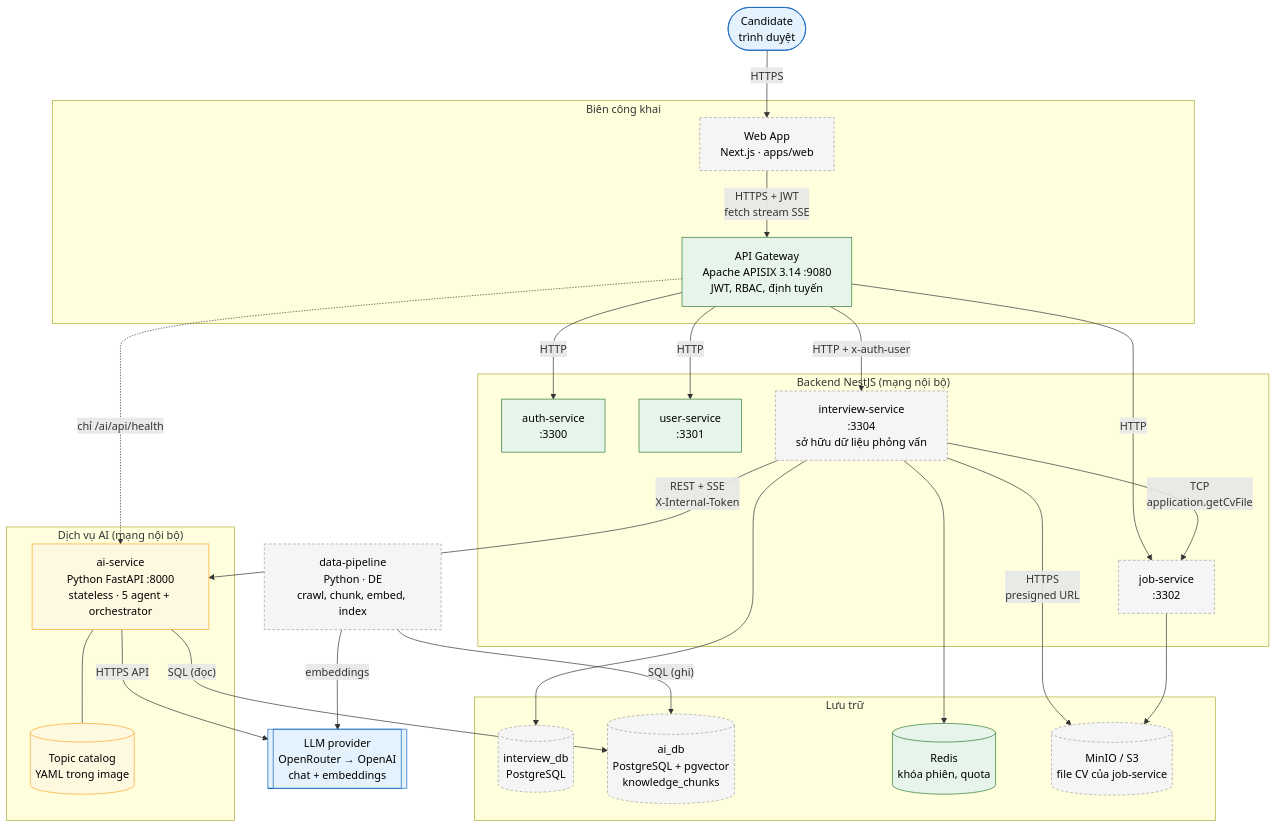
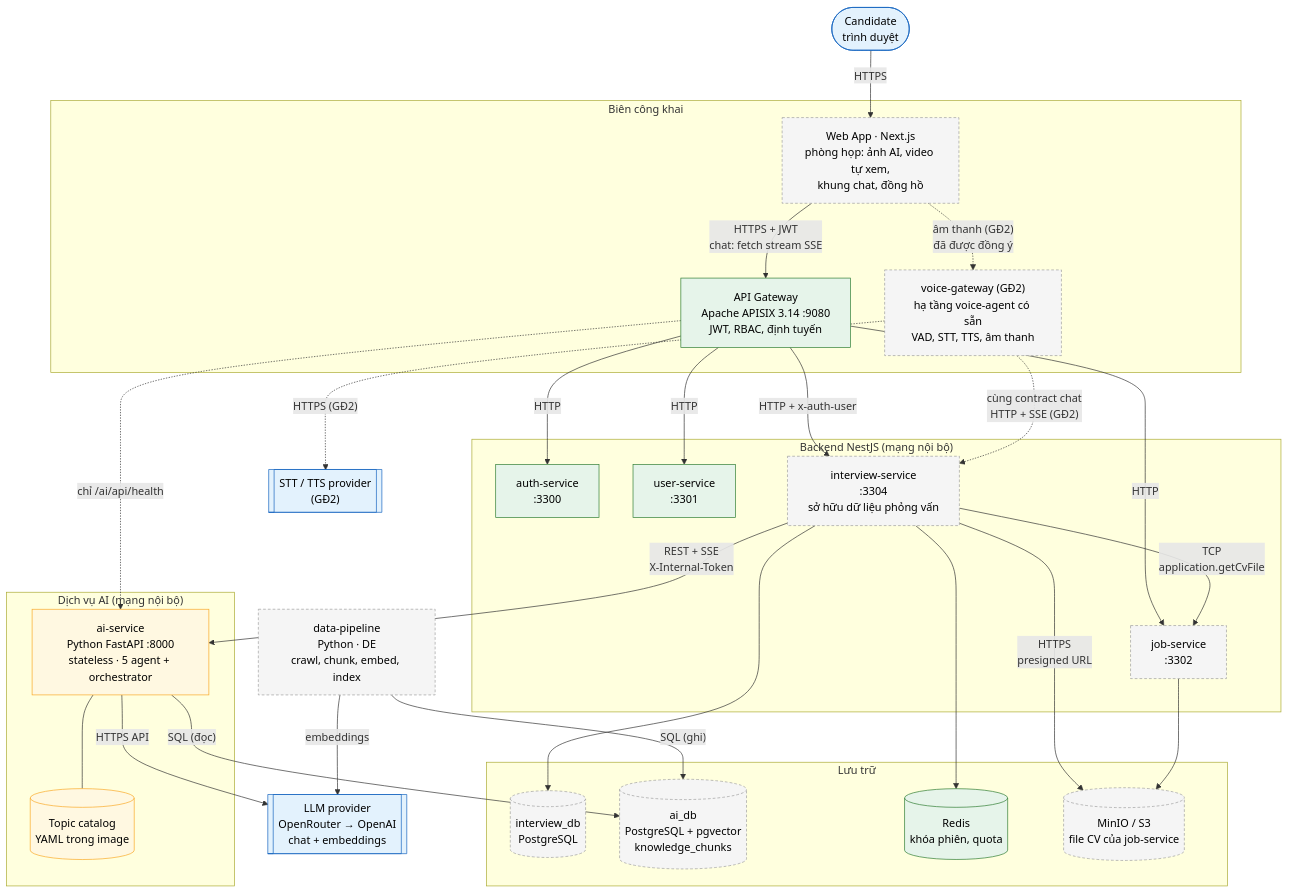
Before and after one commit to minhtuann1102/ai-recruitment-platform: the first of 7 diagrams in docs/ai-service/11-architecture-l2-containers.md, drawn with Mermaid. The commit also changed other lines of this file and 4 other files, not shown here.

Commit message:
docs(ai-service): BRD v0.3 decisions; update FR, NFR and L2 for chat-first, voice phase 2

````diff
--- a/docs/ai-service/11-architecture-l2-containers.md
+++ b/docs/ai-service/11-architecture-l2-containers.md
@@ -33,59 +34,64 @@
 ```mermaid
 flowchart TB
     CAND(["Candidate<br/>trình duyệt"])
     LLM[["LLM provider<br/>OpenRouter → OpenAI<br/>chat + embeddings"]]
+    STT[["STT / TTS provider<br/>(GĐ2)"]]
 
     subgraph EDGE["Biên công khai"]
-        WEB["Web App<br/>Next.js · apps/web"]
+        WEB["Web App · Next.js<br/>phòng họp: ảnh AI, video tự xem,<br/>khung chat, đồng hồ"]
         GW["API Gateway<br/>Apache APISIX 3.14 :9080<br/>JWT, RBAC, định tuyến"]
+        VG["voice-gateway (GĐ2)<br/>hạ tầng voice-agent có sẵn<br/>VAD, STT, TTS, âm thanh"]
     end
 
     subgraph BE["Backend NestJS (mạng nội bộ)"]
         AUTH["auth-service<br/>:3300"]
         USER["user-service<br/>:3301"]
         JOB["job-service<br/>:3302"]
         INT["interview-service<br/>:3304<br/>sở hữu dữ liệu phỏng vấn"]
     end
 
     subgraph AI["Dịch vụ AI (mạng nội bộ)"]
         AIS["ai-service<br/>Python FastAPI :8000<br/>stateless · 5 agent + orchestrator"]
         CAT[("Topic catalog<br/>YAML trong image")]
     end
 
     subgraph DATA["Lưu trữ"]
         INTDB[("interview_db<br/>PostgreSQL")]
         AIDB[("ai_db<br/>PostgreSQL + pgvector<br/>knowledge_chunks")]
         REDIS[("Redis<br/>khóa phiên, quota")]
         S3[("MinIO / S3<br/>file CV của job-service")]
     end
 
     PIPE["data-pipeline<br/>Python · DE<br/>crawl, chunk, embed, index"]
 
     CAND -->|HTTPS| WEB
-    WEB -->|"HTTPS + JWT<br/>fetch stream SSE"| GW
+    WEB -->|"HTTPS + JWT<br/>chat: fetch stream SSE"| GW
+    WEB -.->|"âm thanh (GĐ2)<br/>đã được đồng ý"| VG
     GW -->|"HTTP + x-auth-user"| INT
     GW -->|HTTP| AUTH
     GW -->|HTTP| USER
     GW -->|HTTP| JOB
     GW -.->|"chỉ /ai/api/health"| AIS
+    VG -.->|"cùng contract chat<br/>HTTP + SSE (GĐ2)"| INT
+    VG -.->|"HTTPS (GĐ2)"| STT
     INT -->|"REST + SSE<br/>X-Internal-Token"| AIS
     INT -->|"TCP<br/>application.getCvFile"| JOB
     INT -->|"HTTPS<br/>presigned URL"| S3
     JOB --> S3
     INT --> INTDB
     INT --> REDIS
     AIS -->|"SQL (đọc)"| AIDB
     AIS -->|"HTTPS API"| LLM
     AIS --- CAT
     PIPE -->|"SQL (ghi)"| AIDB
     PIPE -->|"embeddings"| LLM
 
     classDef have fill:#e6f4ea,stroke:#2e7d32,color:#000
     classDef mock fill:#fff8e1,stroke:#f9a825,color:#000
     classDef plan fill:#f5f5f5,stroke:#9e9e9e,stroke-dasharray:4 3,color:#000
     classDef ext fill:#e3f2fd,stroke:#1565c0,color:#000
     class AUTH,USER,GW,REDIS have
     class AIS,CAT mock
-    class WEB,JOB,INT,PIPE,INTDB,AIDB,S3 plan
-    class LLM,CAND ext
+    class WEB,JOB,INT,PIPE,INTDB,AIDB,S3,VG plan
+    class LLM,CAND,STT ext
 ```
````
